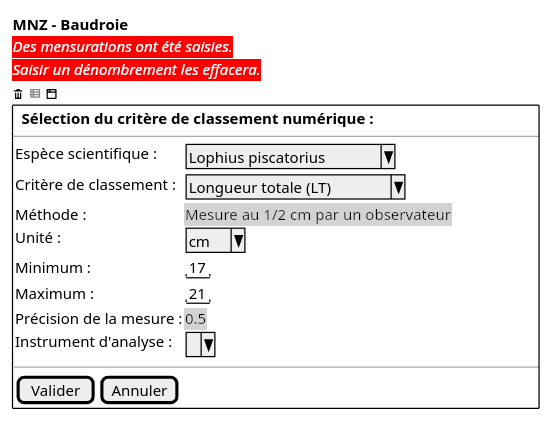
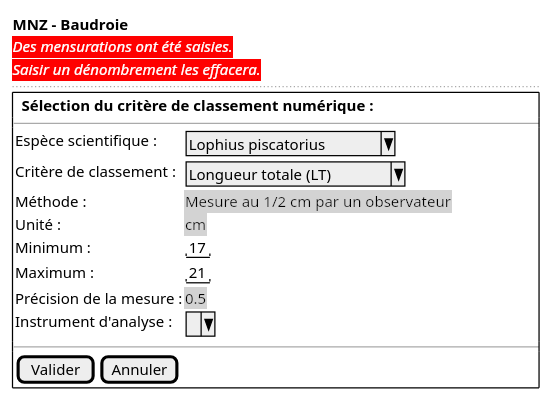
The diagram in projects/common/spe/images/numerical-classification-warning.puml (sumaris-net/sumaris-doc), drawn with PlantUML before and after one commit. The commit also changed 2 other files, not shown here.

```diff
--- a/projects/common/spe/images/numerical-classification-warning.puml
+++ b/projects/common/spe/images/numerical-classification-warning.puml
@@ -1,34 +1,34 @@
 @startsalt
 {
     **MNZ - Baudroie**
 
     <back:red><font color=white><i>Des mensurations ont été saisies.
     <back:red><font color=white><i>Saisir un dénombrement les effacera.
-    <&trash> <color:grey><&spreadsheet></color> <&browser>
+    ...
 
   {+
     { | . |  <b>Sélection du critère de classement numérique :  | . | . | . | . | . | . | . | . | . |. |. |. |. |. |. |. |. |. |. |. |. |. |. |. |. }
     --
 {
       Espèce scientifique :    | { ^Lophius piscatorius^ }
 
       Critère de classement :    | { ^Longueur totale (LT)^ }
 
       Méthode :    | <back:lightgrey><font color=black size=12>Mesure au 1/2 cm par un observateur
 
-      Unité :   |  { ^ cm ^ }
+      Unité :   |  <back:lightgrey><font color=black size=12>cm
 
       Minimum :   |  "17"
 
       Maximum : | "21"
 
       Précision de la mesure :    |  <back:lightgrey><font color=black size=12>0.5
 
       Instrument d'analyse : { ^ ^ }
 
   }
       --
     { [Valider] | [Annuler] }
     }
  }
 @endsalt
```
